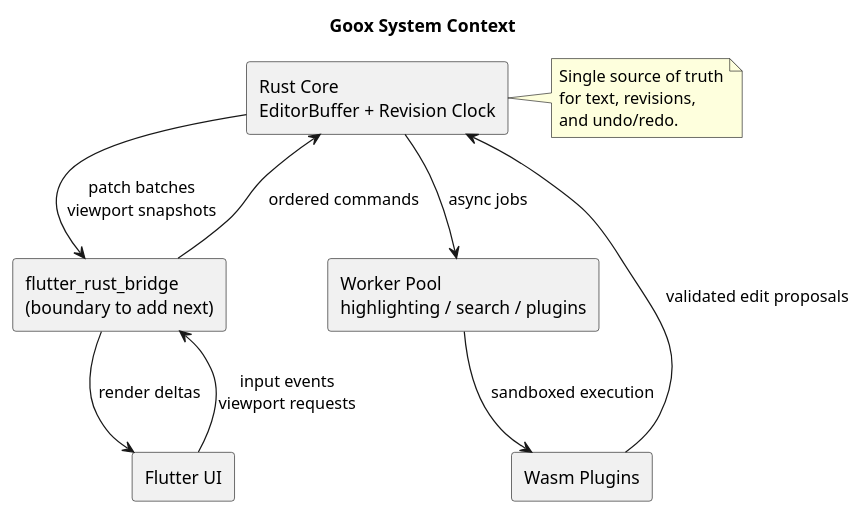
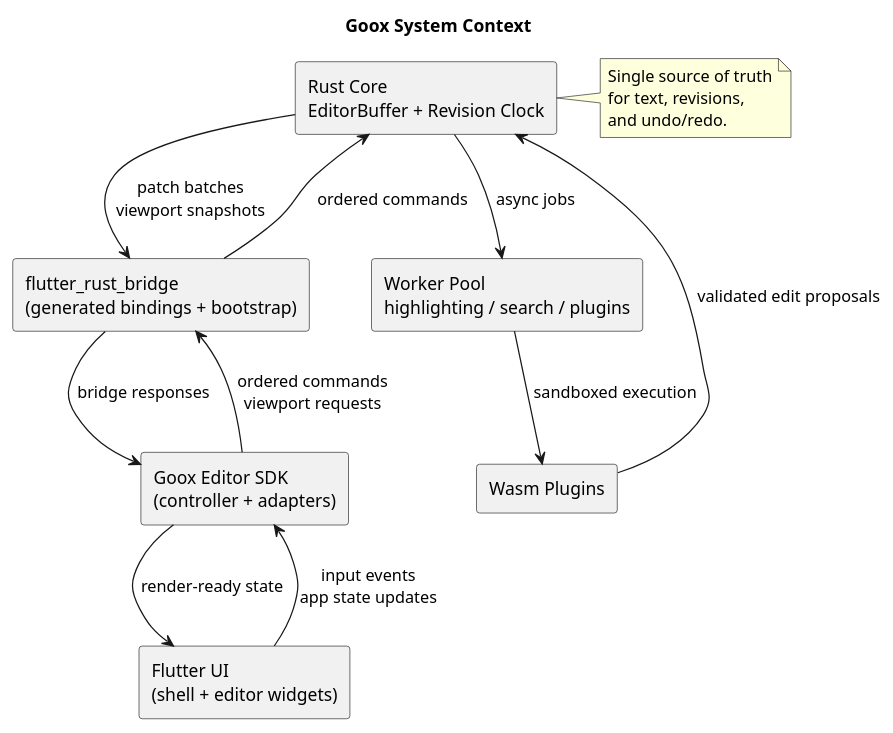
One commit to loveoverflowcom/goox changed the diagram in docs/system-context.puml. Above: the diagram before and after it, drawn with PlantUML. The commit also changed 4 other files, not shown here.

```diff
--- a/docs/system-context.puml
+++ b/docs/system-context.puml
@@ -1,27 +1,30 @@
 @startuml
 title Goox System Context
 
 skinparam componentStyle rectangle
 skinparam shadowing false
 
-component "Flutter UI" as Flutter
-component "flutter_rust_bridge\n(boundary to add next)" as FRB
+component "Flutter UI\n(shell + editor widgets)" as Flutter
+component "Goox Editor SDK\n(controller + adapters)" as SDK
+component "flutter_rust_bridge\n(generated bindings + bootstrap)" as FRB
 component "Rust Core\nEditorBuffer + Revision Clock" as RustCore
 component "Worker Pool\nhighlighting / search / plugins" as Workers
 component "Wasm Plugins" as Plugins
 
-Flutter --> FRB : input events\nviewport requests
+Flutter --> SDK : input events\napp state updates
+SDK --> FRB : ordered commands\nviewport requests
 FRB --> RustCore : ordered commands
 RustCore --> FRB : patch batches\nviewport snapshots
 RustCore --> Workers : async jobs
 Workers --> Plugins : sandboxed execution
 Plugins --> RustCore : validated edit proposals
-FRB --> Flutter : render deltas
+FRB --> SDK : bridge responses
+SDK --> Flutter : render-ready state
 
 note right of RustCore
 Single source of truth
 for text, revisions,
 and undo/redo.
 end note
 
 @enduml
```
